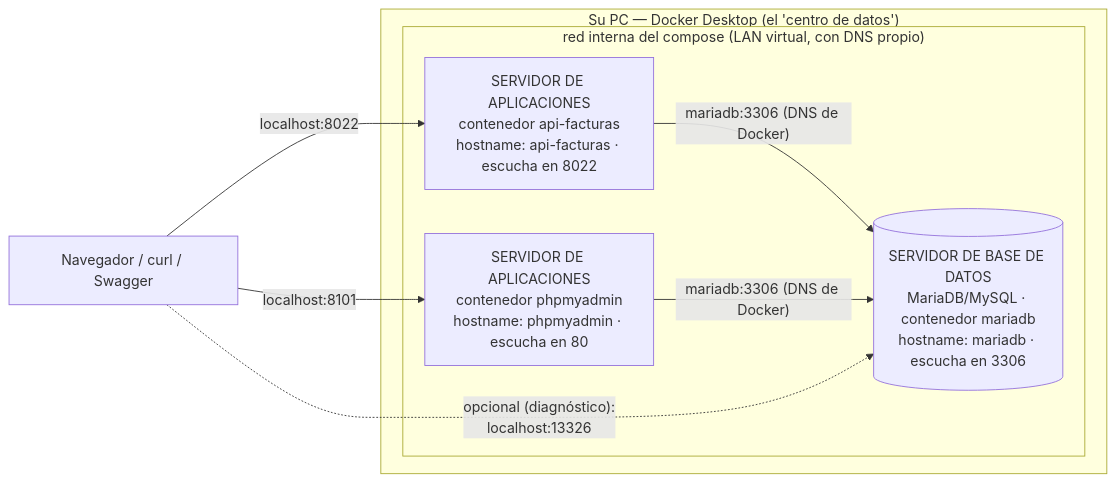
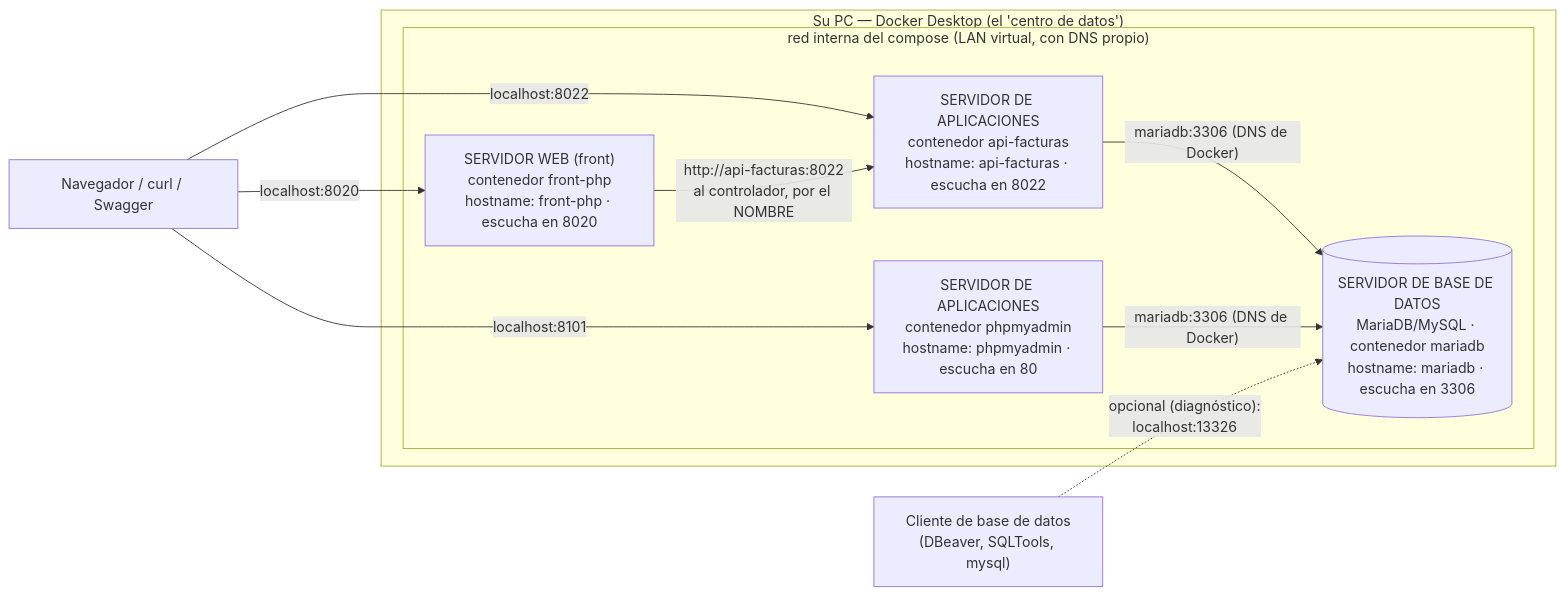
Before and after one commit to ccastro2050/proyecto_php1: the first of 2 diagrams in docs/CONCEPTOS_DOCKER.md, drawn with Mermaid. The commit also changed other lines of this file, not shown here.

First line of the commit message:
docs(docker): el diagrama sale del docker-compose real, y ninguna flecha miente

````diff
--- a/docs/CONCEPTOS_DOCKER.md
+++ b/docs/CONCEPTOS_DOCKER.md
@@ -196,16 +196,20 @@
 ```mermaid
 flowchart LR
     NAV["Navegador / curl / Swagger"]
+    CLIENTE["Cliente de base de datos<br/>(DBeaver, SQLTools, mysql)"]
     subgraph PC["Su PC — Docker Desktop (el 'centro de datos')"]
         subgraph RED["red interna del compose (LAN virtual, con DNS propio)"]
+            FRONTPHP["SERVIDOR WEB (front)<br/>contenedor front-php<br/>hostname: front-php · escucha en 8020"]
             APIFACTURAS["SERVIDOR DE APLICACIONES<br/>contenedor api-facturas<br/>hostname: api-facturas · escucha en 8022"]
             PHPMYADMIN["SERVIDOR DE APLICACIONES<br/>contenedor phpmyadmin<br/>hostname: phpmyadmin · escucha en 80"]
             MARIADB[("SERVIDOR DE BASE DE DATOS<br/>MariaDB/MySQL · contenedor mariadb<br/>hostname: mariadb · escucha en 3306")]
         end
     end
     NAV -->|"localhost:8022"| APIFACTURAS
+    NAV -->|"localhost:8020"| FRONTPHP
     NAV -->|"localhost:8101"| PHPMYADMIN
     APIFACTURAS -->|"mariadb:3306 (DNS de Docker)"| MARIADB
+    FRONTPHP -->|"http://api-facturas:8022<br/>al controlador, por el NOMBRE"| APIFACTURAS
     PHPMYADMIN -->|"mariadb:3306 (DNS de Docker)"| MARIADB
-    NAV -.->|"opcional (diagnóstico):<br/>localhost:13326"| MARIADB
+    CLIENTE -.->|"opcional (diagnóstico):<br/>localhost:13326"| MARIADB
 ```
````
